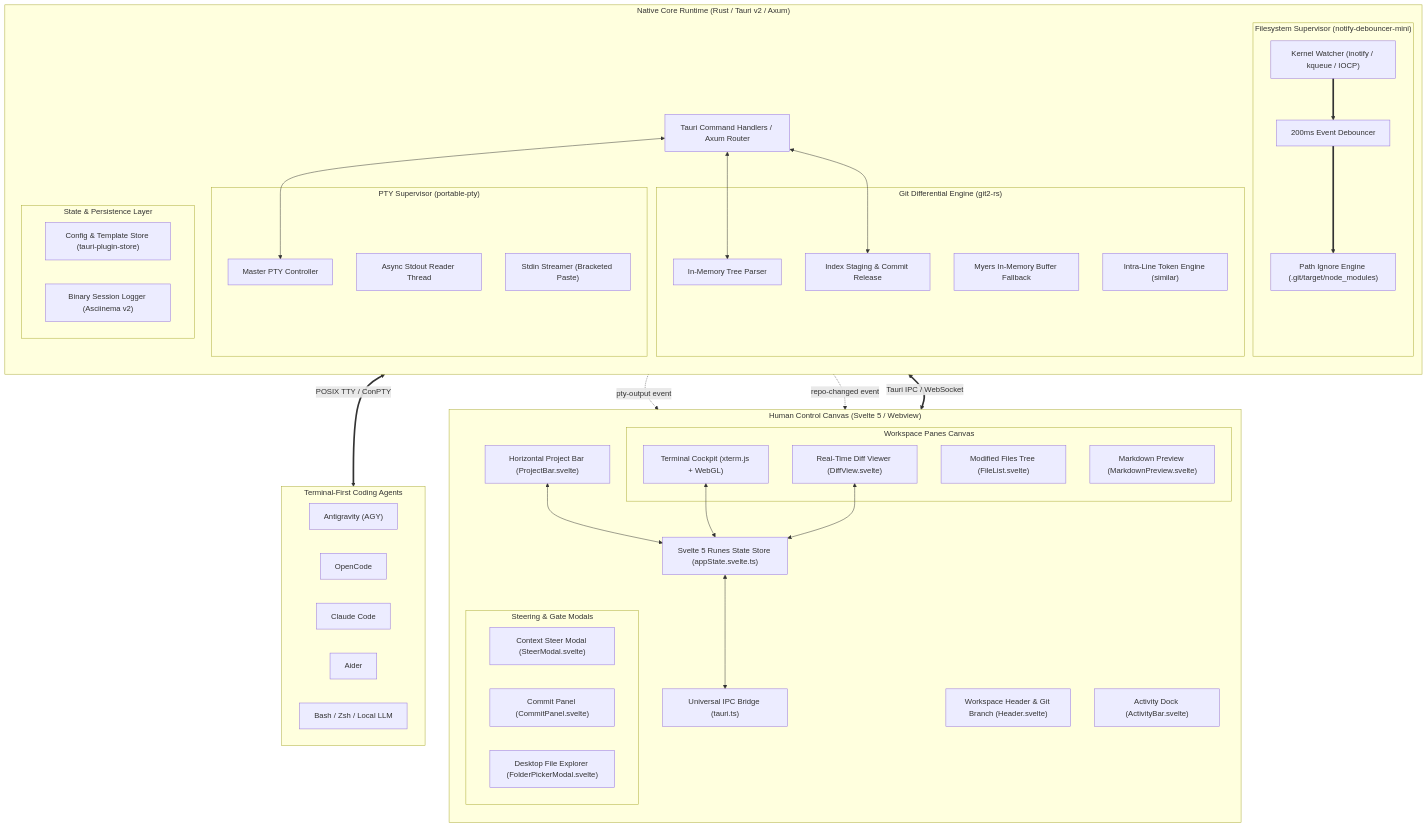
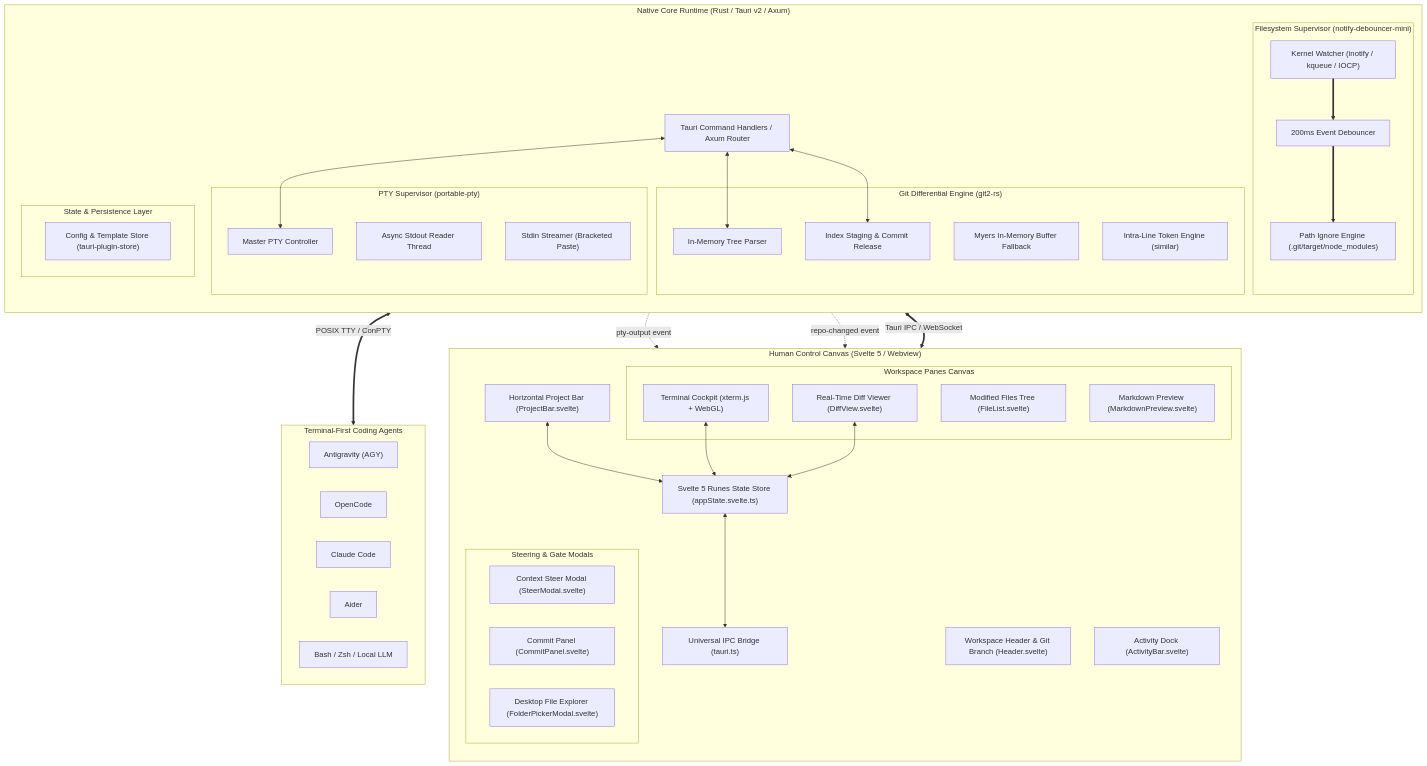
The first of 2 diagrams in docs/ARCHITECTURE.md (DuyDangCode/agent-desk), drawn with Mermaid before and after one commit. The commit also changed other lines of this file and 7 other files, not shown here.

````diff
--- a/docs/ARCHITECTURE.md
+++ b/docs/ARCHITECTURE.md
@@ -22,82 +22,81 @@
 ```mermaid
 flowchart TB
     subgraph Frontend["Human Control Canvas (Svelte 5 / Webview)"]
         direction TB
         ProjectBar["Horizontal Project Bar (ProjectBar.svelte)"]
         Header["Workspace Header & Git Branch (Header.svelte)"]
         ActivityBar["Activity Dock (ActivityBar.svelte)"]
         
         subgraph Canvas["Workspace Panes Canvas"]
             TermView["Terminal Cockpit (xterm.js + WebGL)"]
             FileTree["Modified Files Tree (FileList.svelte)"]
             DiffCanvas["Real-Time Diff Viewer (DiffView.svelte)"]
             MarkdownCanvas["Markdown Preview (MarkdownPreview.svelte)"]
         end
         
         subgraph Modals["Steering & Gate Modals"]
             SteerDlg["Context Steer Modal (SteerModal.svelte)"]
             CommitDlg["Commit Panel (CommitPanel.svelte)"]
             FolderDlg["Desktop File Explorer (FolderPickerModal.svelte)"]
         end
         
         AppStore["Svelte 5 Runes State Store (appState.svelte.ts)"]
         IPCBridge["Universal IPC Bridge (tauri.ts)"]
     end
 
     subgraph NativeBackend["Native Core Runtime (Rust / Tauri v2 / Axum)"]
         direction TB
         
         subgraph PTYSub["PTY Supervisor (portable-pty)"]
             PtyMaster["Master PTY Controller"]
             PtyReader["Async Stdout Reader Thread"]
             PtyWriter["Stdin Streamer (Bracketed Paste)"]
         end
         
         subgraph GitSub["Git Differential Engine (git2-rs)"]
             TreeParser["In-Memory Tree Parser"]
             MyersFallback["Myers In-Memory Buffer Fallback"]
             IntraLine["Intra-Line Token Engine (similar)"]
             StagingEngine["Index Staging & Commit Release"]
         end
         
         subgraph WatcherSub["Filesystem Supervisor (notify-debouncer-mini)"]
             KernelWatcher["Kernel Watcher (inotify / kqueue / IOCP)"]
             DebouncerWindow["200ms Event Debouncer"]
             PathFilter["Path Ignore Engine (.git/target/node_modules)"]
         end
         
         subgraph StorageSub["State & Persistence Layer"]
             ConfigStore["Config & Template Store (tauri-plugin-store)"]
-            SessionLog["Binary Session Logger (Asciinema v2)"]
         end
         
         IPC_Handler["Tauri Command Handlers / Axum Router"]
     end
 
     subgraph ExternalAgents["Terminal-First Coding Agents"]
         direction LR
         AGY["Antigravity (AGY)"]
         OpenCode["OpenCode"]
         Claude["Claude Code"]
         Aider["Aider"]
         CustomCLI["Bash / Zsh / Local LLM"]
     end
 
     %% Wiring
     ProjectBar <--> AppStore
     TermView <--> AppStore
     DiffCanvas <--> AppStore
     AppStore <--> IPCBridge
 
     IPCBridge <== "Tauri IPC / WebSocket" ==> IPC_Handler
     
     IPC_Handler <--> PtyMaster
     PtyMaster <== "POSIX TTY / ConPTY" ==> ExternalAgents
     PtyReader -. "pty-output event" .-> IPCBridge
     
     IPC_Handler <--> TreeParser
     IPC_Handler <--> StagingEngine
     
     KernelWatcher ==> DebouncerWindow ==> PathFilter
     PathFilter -. "repo-changed event" .-> IPCBridge
 ```
````
